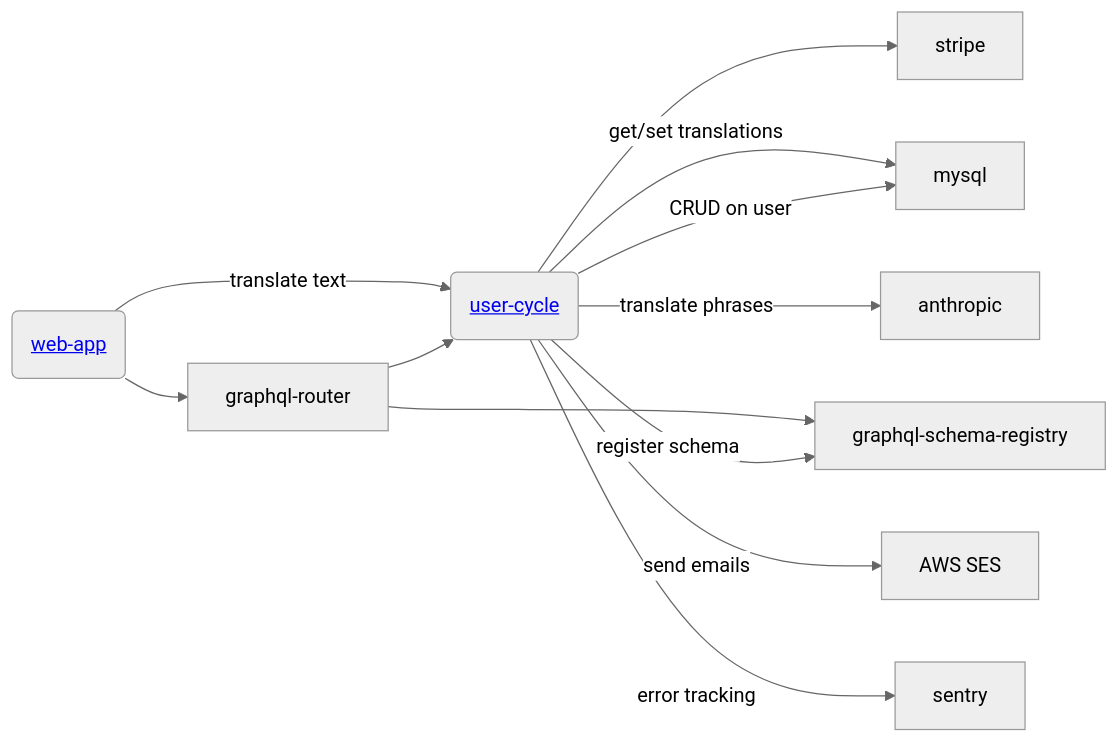
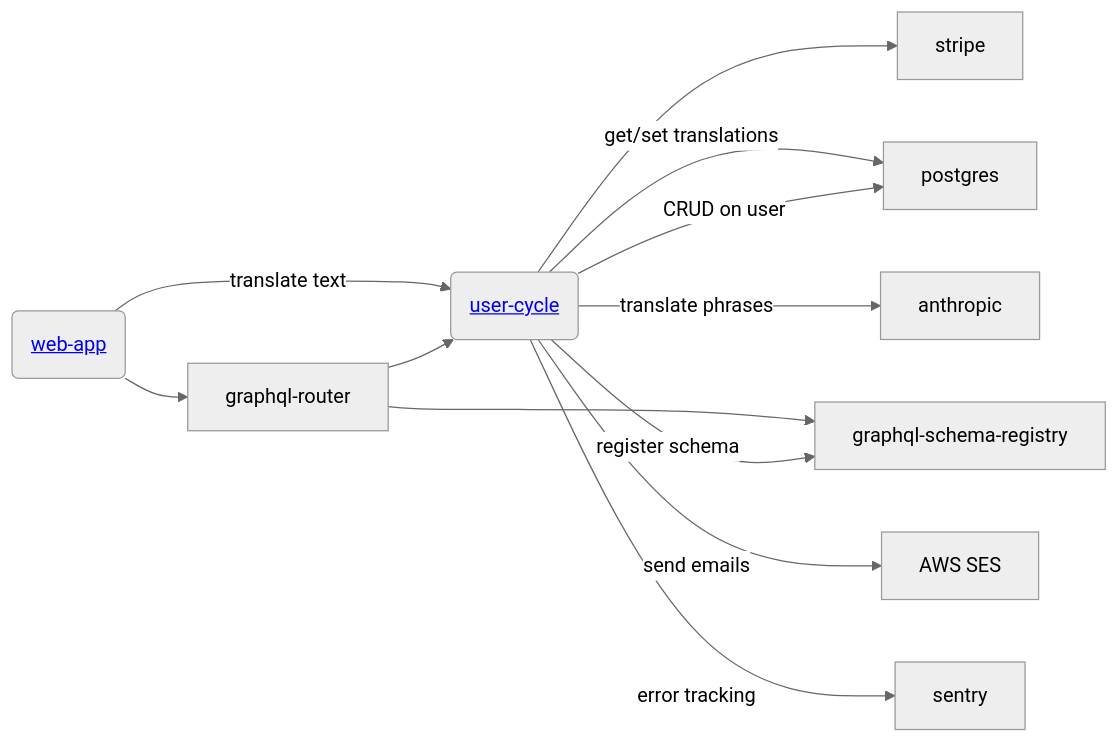
Before and after one commit to Gratheon/user-cycle: the diagram in README.md, drawn with Mermaid (neutral theme). The commit also changed other lines of this file and 49 other files, not shown here.

````diff
--- a/README.md
+++ b/README.md
@@ -216,15 +217,15 @@
 ```mermaid
 flowchart LR
     web-app("<a href='https://github.com/Gratheon/web-app'>web-app</a>") --> graphql-router
 
-    graphql-router --> user-cycle("<a href='https://github.com/Gratheon/user-cycle'>user-cycle</a>") --"CRUD on user"--> mysql
+    graphql-router --> user-cycle("<a href='https://github.com/Gratheon/user-cycle'>user-cycle</a>") --"CRUD on user"--> postgres
     user-cycle --> stripe
     user-cycle --"register schema"--> graphql-schema-registry
     graphql-router --> graphql-schema-registry
 
     web-app--"translate text" --> user-cycle --"translate phrases"--> anthropic
-    user-cycle--"get/set translations"--> mysql
+    user-cycle--"get/set translations"--> postgres
 
     user-cycle--"send emails"--> aws-ses["AWS SES"]
     user-cycle--"error tracking"--> sentry
 ```
````
